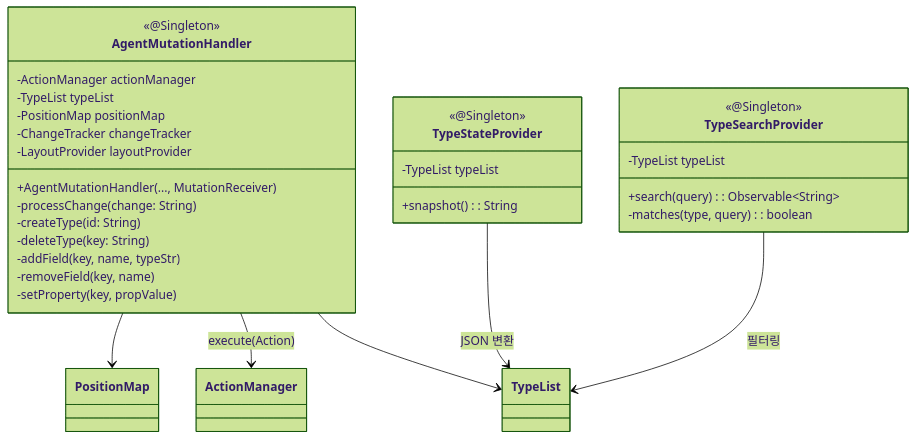
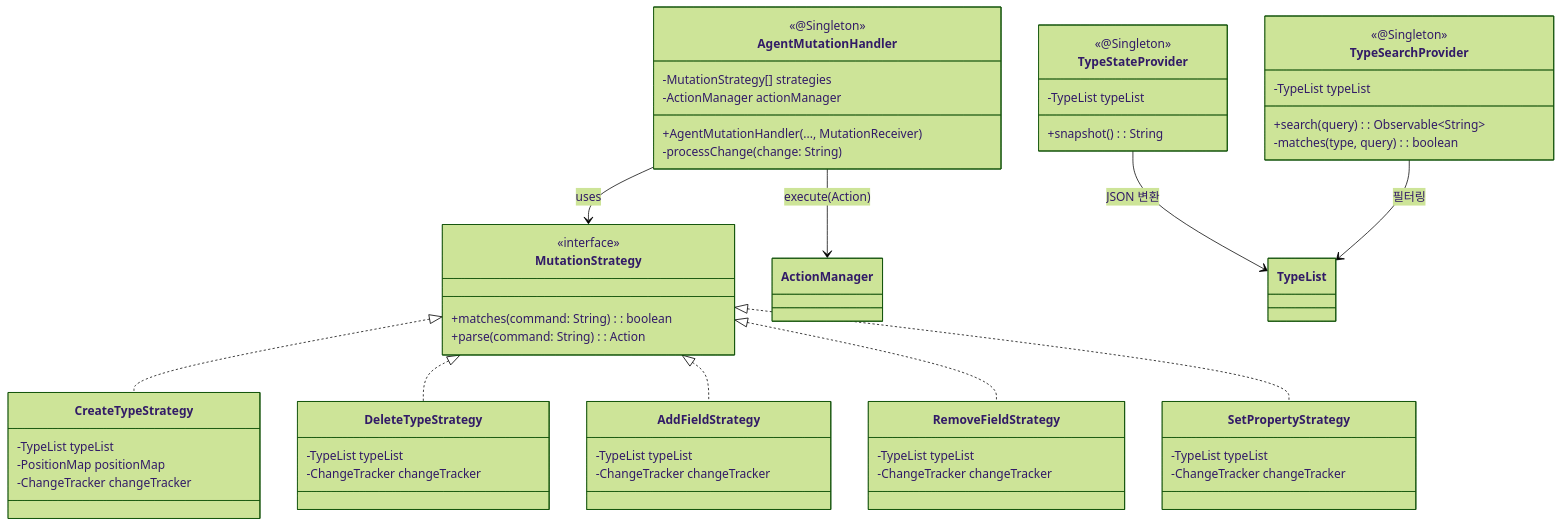
One commit to sayaya1090/handbook changed the eighth of 8 diagrams in type-ui/CLASS-DIAGRAM.md. Above: the diagram before and after it, drawn with Mermaid (forest theme). The commit also changed other lines of this file and 4 other files, not shown here.

First line of the commit message:
refactor(type-ui): 에이전트 커맨드 파싱에 Strategy 패턴 적용 (Scope 3)

````diff
--- a/type-ui/CLASS-DIAGRAM.md
+++ b/type-ui/CLASS-DIAGRAM.md
@@ -551,35 +551,64 @@
 ```mermaid
 classDiagram
     class AgentMutationHandler {
         <<@Singleton>>
+        -MutationStrategy[] strategies
         -ActionManager actionManager
+        +AgentMutationHandler(..., MutationReceiver)
+        -processChange(change: String)
+    }
+    
+    class MutationStrategy {
+        <<interface>>
+        +matches(command: String): boolean
+        +parse(command: String): Action
+    }
+    
+    class CreateTypeStrategy {
         -TypeList typeList
         -PositionMap positionMap
         -ChangeTracker changeTracker
-        -LayoutProvider layoutProvider
-        +AgentMutationHandler(..., MutationReceiver)
-        -processChange(change: String)
-        -createType(id: String)
-        -deleteType(key: String)
-        -addField(key, name, typeStr)
-        -removeField(key, name)
-        -setProperty(key, propValue)
     }
+    
+    class DeleteTypeStrategy {
+        -TypeList typeList
+        -ChangeTracker changeTracker
+    }
+    
+    class AddFieldStrategy {
+        -TypeList typeList
+        -ChangeTracker changeTracker
+    }
+    
+    class RemoveFieldStrategy {
+        -TypeList typeList
+        -ChangeTracker changeTracker
+    }
+    
+    class SetPropertyStrategy {
+        -TypeList typeList
+        -ChangeTracker changeTracker
+    }
+
     class TypeStateProvider {
         <<@Singleton>>
         -TypeList typeList
         +snapshot(): String
     }
     class TypeSearchProvider {
         <<@Singleton>>
         -TypeList typeList
         +search(query): Observable~String~
         -matches(type, query): boolean
     }
 
+    AgentMutationHandler --> MutationStrategy : uses
+    MutationStrategy <|.. CreateTypeStrategy
+    MutationStrategy <|.. DeleteTypeStrategy
+    MutationStrategy <|.. AddFieldStrategy
+    MutationStrategy <|.. RemoveFieldStrategy
+    MutationStrategy <|.. SetPropertyStrategy
     AgentMutationHandler --> ActionManager : execute(Action)
-    AgentMutationHandler --> TypeList
-    AgentMutationHandler --> PositionMap
     TypeStateProvider --> TypeList : JSON 변환
     TypeSearchProvider --> TypeList : 필터링
 ```
````
